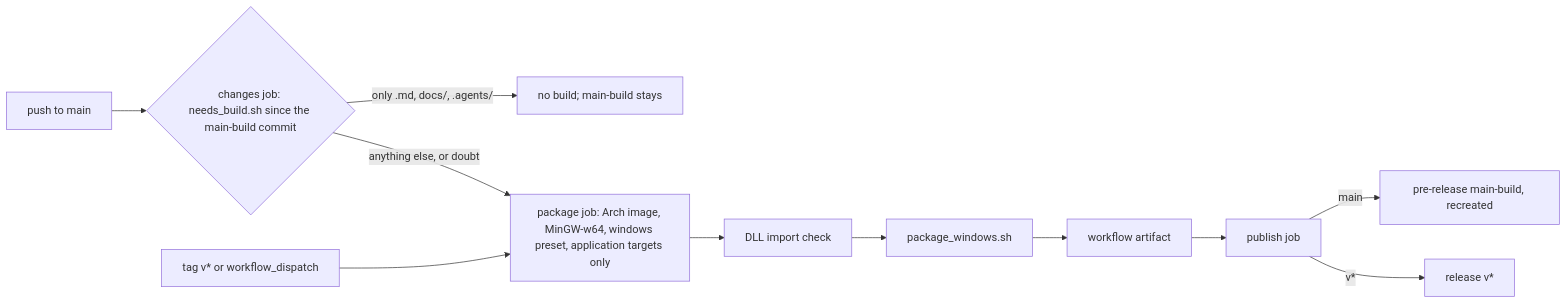
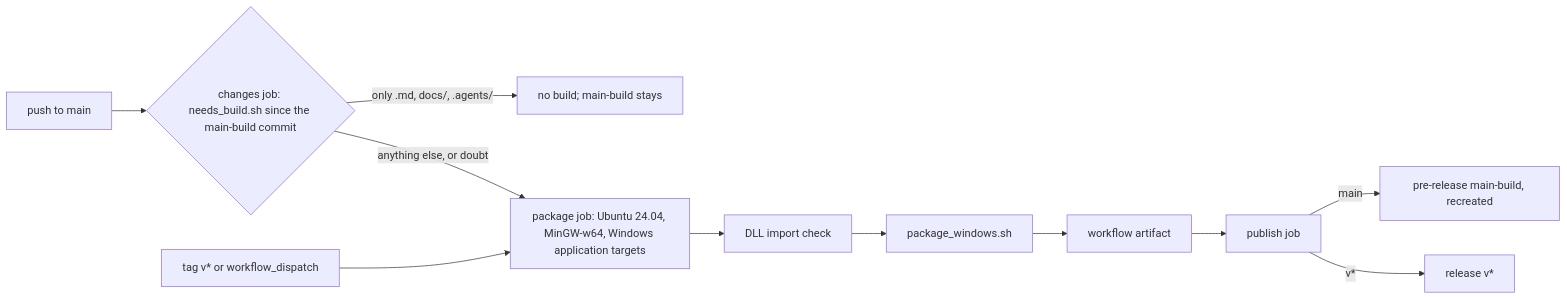
One commit to SMB-M87/Kinetra-Lab changed the diagram in tools/release/README.md. Above: the diagram before and after it, drawn with Mermaid. The commit also changed other lines of this file and 10 other files, not shown here.

Commit message:
build(ci): use Ubuntu LTS for Lab checks and Windows packaging

````diff
--- a/tools/release/README.md
+++ b/tools/release/README.md
@@ -40,12 +40,12 @@
 ```mermaid
 flowchart LR
     Main["push to main"] --> Changes{"changes job: needs_build.sh since the main-build commit"}
     Changes -->|"only .md, docs/, .agents/"| Keep["no build; main-build stays"]
     Changes -->|"anything else, or doubt"| Build
-    Tag["tag v* or workflow_dispatch"] --> Build["package job: Arch image, MinGW-w64, windows preset, application targets only"]
+    Tag["tag v* or workflow_dispatch"] --> Build["package job: Ubuntu 24.04, MinGW-w64, Windows application targets"]
     Build --> Check["DLL import check"] --> Zip["package_windows.sh"]
     Zip --> Artifact["workflow artifact"]
     Artifact --> Publish["publish job"]
     Publish -->|main| MainBuild["pre-release main-build, recreated"]
     Publish -->|v*| Release["release v*"]
 ```
````
